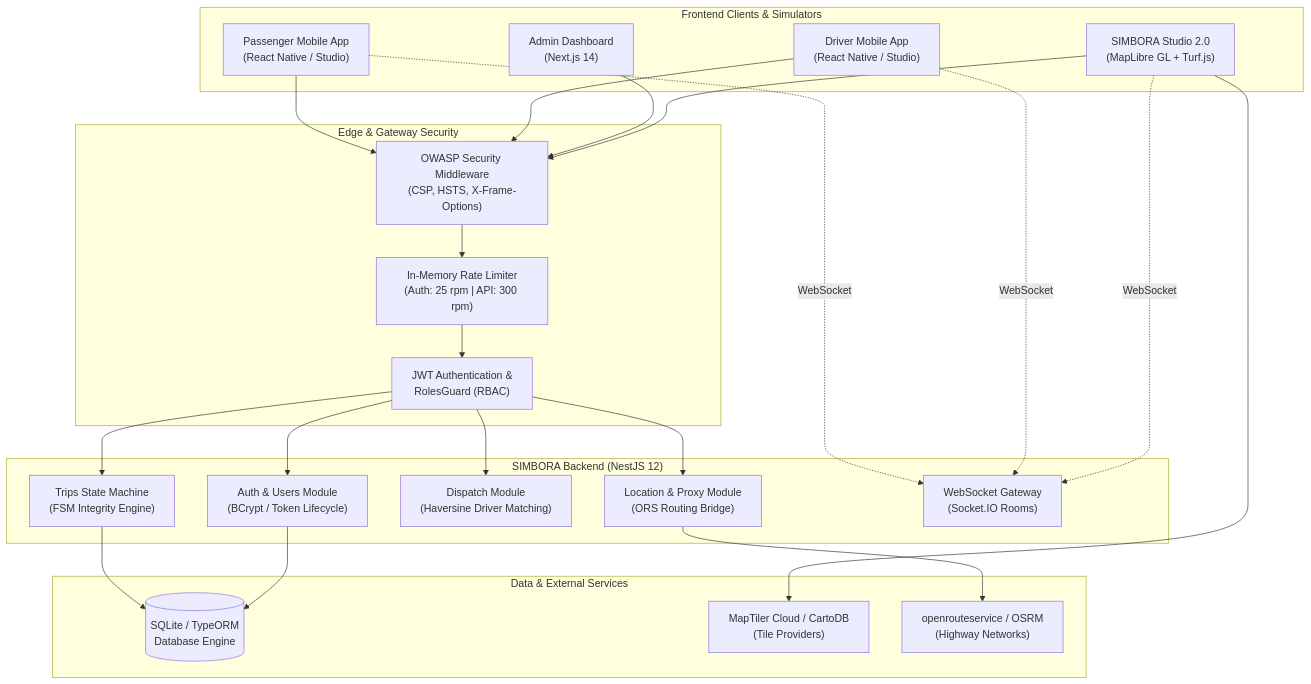
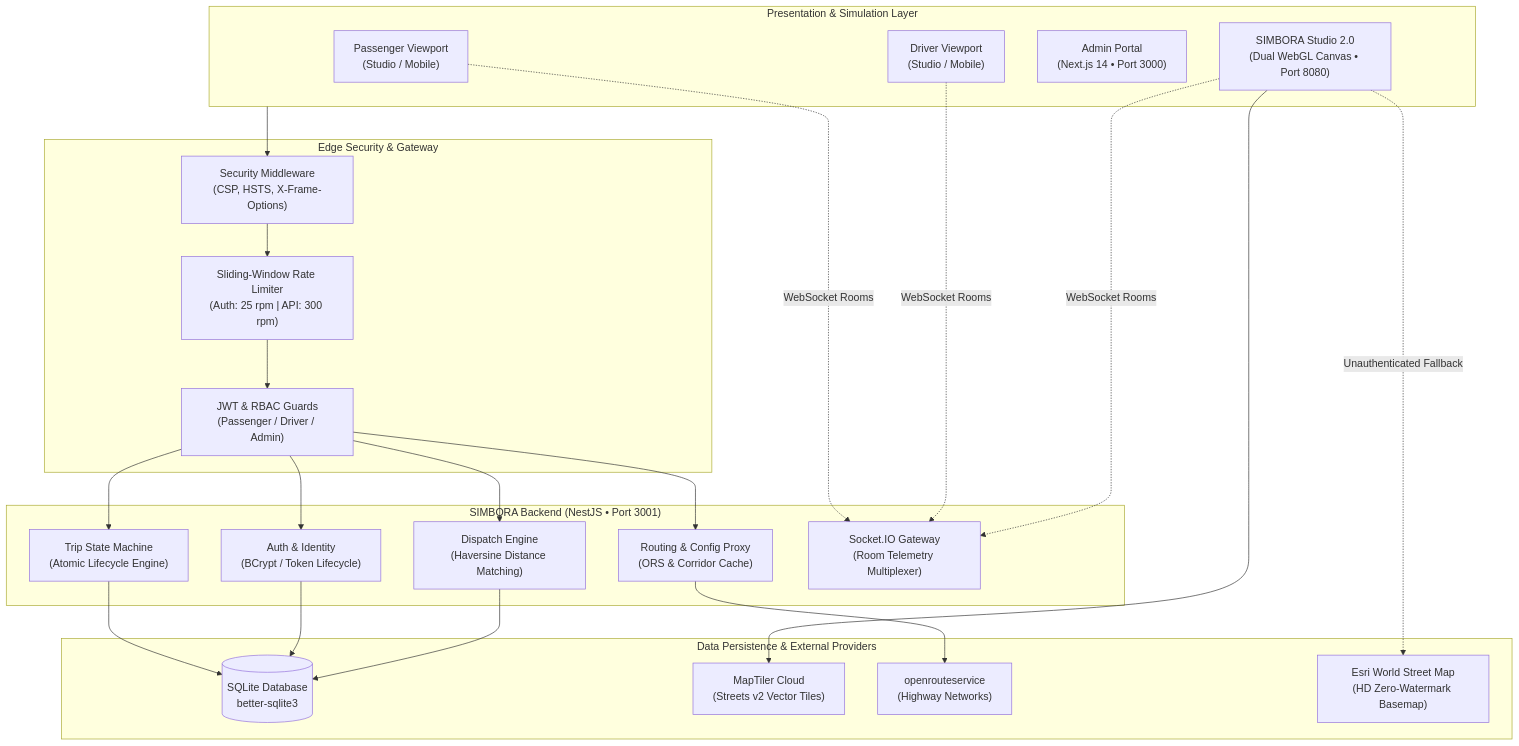
One commit to jhonwictordev/mobility-platform changed the diagram in README.md. Above: the diagram before and after it, drawn with Mermaid. The commit also changed other lines of this file and 7 other files, not shown here.

````diff
--- a/README.md
+++ b/README.md
@@ -64,49 +102,48 @@
 ```mermaid
 flowchart TB
-    subgraph Clients["Frontend Clients & Simulators"]
-        PassApp["Passenger Mobile App<br/>(React Native / Studio)"]
-        DriverApp["Driver Mobile App<br/>(React Native / Studio)"]
-        AdminWeb["Admin Dashboard<br/>(Next.js 14)"]
-        Studio["SIMBORA Studio 2.0<br/>(MapLibre GL + Turf.js)"]
+    subgraph Presentation["Presentation & Simulation Layer"]
+        PassClient["Passenger Viewport<br/>(Studio / Mobile)"]
+        DriverClient["Driver Viewport<br/>(Studio / Mobile)"]
+        AdminWeb["Admin Portal<br/>(Next.js 14 • Port 3000)"]
+        Studio["SIMBORA Studio 2.0<br/>(Dual WebGL Canvas • Port 8080)"]
     end
 
-    subgraph Security["Edge & Gateway Security"]
-        SecHeaders["OWASP Security Middleware<br/>(CSP, HSTS, X-Frame-Options)"]
-        RateLimiter["In-Memory Rate Limiter<br/>(Auth: 25 rpm | API: 300 rpm)"]
-        JwtGuard["JWT Authentication &<br/>RolesGuard (RBAC)"]
+    subgraph SecurityEdge["Edge Security & Gateway"]
+        SecHeaders["Security Middleware<br/>(CSP, HSTS, X-Frame-Options)"]
+        RateLimiter["Sliding-Window Rate Limiter<br/>(Auth: 25 rpm | API: 300 rpm)"]
+        AuthGuards["JWT & RBAC Guards<br/>(Passenger / Driver / Admin)"]
     end
 
-    subgraph CoreBackend["SIMBORA Backend (NestJS 12)"]
-        AuthMod["Auth & Users Module<br/>(BCrypt / Token Lifecycle)"]
-        TripsMod["Trips State Machine<br/>(FSM Integrity Engine)"]
-        DispatchMod["Dispatch Module<br/>(Haversine Driver Matching)"]
-        LocMod["Location & Proxy Module<br/>(ORS Routing Bridge)"]
-        WsGate["WebSocket Gateway<br/>(Socket.IO Rooms)"]
+    subgraph CoreBackend["SIMBORA Backend (NestJS • Port 3001)"]
+        AuthService["Auth & Identity<br/>(BCrypt / Token Lifecycle)"]
+        TripFSM["Trip State Machine<br/>(Atomic Lifecycle Engine)"]
+        DispatchEngine["Dispatch Engine<br/>(Haversine Distance Matching)"]
+        RoutingProxy["Routing & Config Proxy<br/>(ORS & Corridor Cache)"]
+        WsGateway["Socket.IO Gateway<br/>(Room Telemetry Multiplexer)"]
     end
 
-    subgraph Storage["Data & External Services"]
-        DB[(SQLite / TypeORM<br/>Database Engine)]
-        MapTiler["MapTiler Cloud / CartoDB<br/>(Tile Providers)"]
-        ORS["openrouteservice / OSRM<br/>(Highway Networks)"]
+    subgraph StorageExternal["Data Persistence & External Providers"]
+        SQLite[(SQLite Database<br/>better-sqlite3)]
+        MapTiler["MapTiler Cloud<br/>(Streets v2 Vector Tiles)"]
+        ORS["openrouteservice<br/>(Highway Networks)"]
+        EsriFallback["Esri World Street Map<br/>(HD Zero-Watermark Basemap)"]
     end
 
-    PassApp --> SecHeaders
-    DriverApp --> SecHeaders
-    AdminWeb --> SecHeaders
-    Studio --> SecHeaders
+    Presentation --> SecHeaders
+    SecHeaders --> RateLimiter --> AuthGuards
+    AuthGuards --> AuthService
+    AuthGuards --> TripFSM
+    AuthGuards --> DispatchEngine
+    AuthGuards --> RoutingProxy
 
-    SecHeaders --> RateLimiter --> JwtGuard
-    JwtGuard --> AuthMod
-    JwtGuard --> TripsMod
-    JwtGuard --> DispatchMod
-    JwtGuard --> LocMod
-    
-    PassApp -.->|WebSocket| WsGate
-    DriverApp -.->|WebSocket| WsGate
-    Studio -.->|WebSocket| WsGate
+    PassClient -.->|WebSocket Rooms| WsGateway
+    DriverClient -.->|WebSocket Rooms| WsGateway
+    Studio -.->|WebSocket Rooms| WsGateway
 
-    TripsMod --> DB
-    AuthMod --> DB
-    LocMod --> ORS
+    TripFSM --> SQLite
+    AuthService --> SQLite
+    DispatchEngine --> SQLite
+    RoutingProxy --> ORS
     Studio --> MapTiler
+    Studio -.->|Unauthenticated Fallback| EsriFallback
 ```
````
